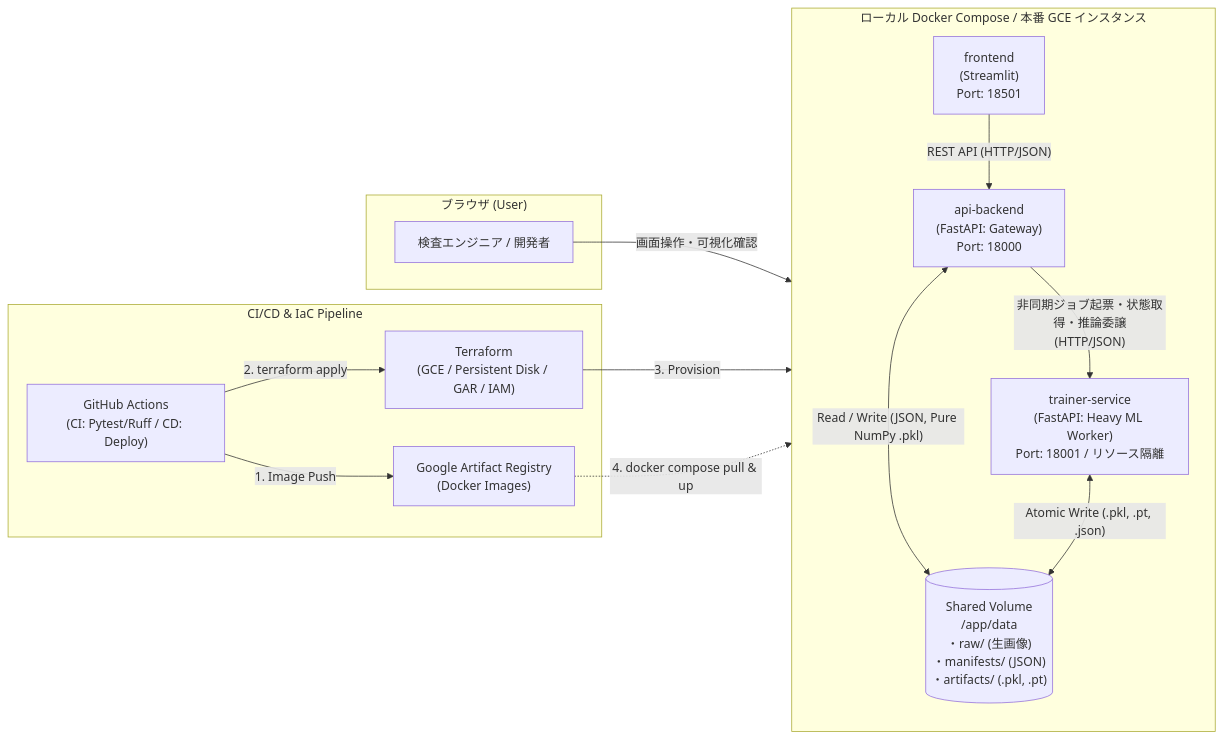
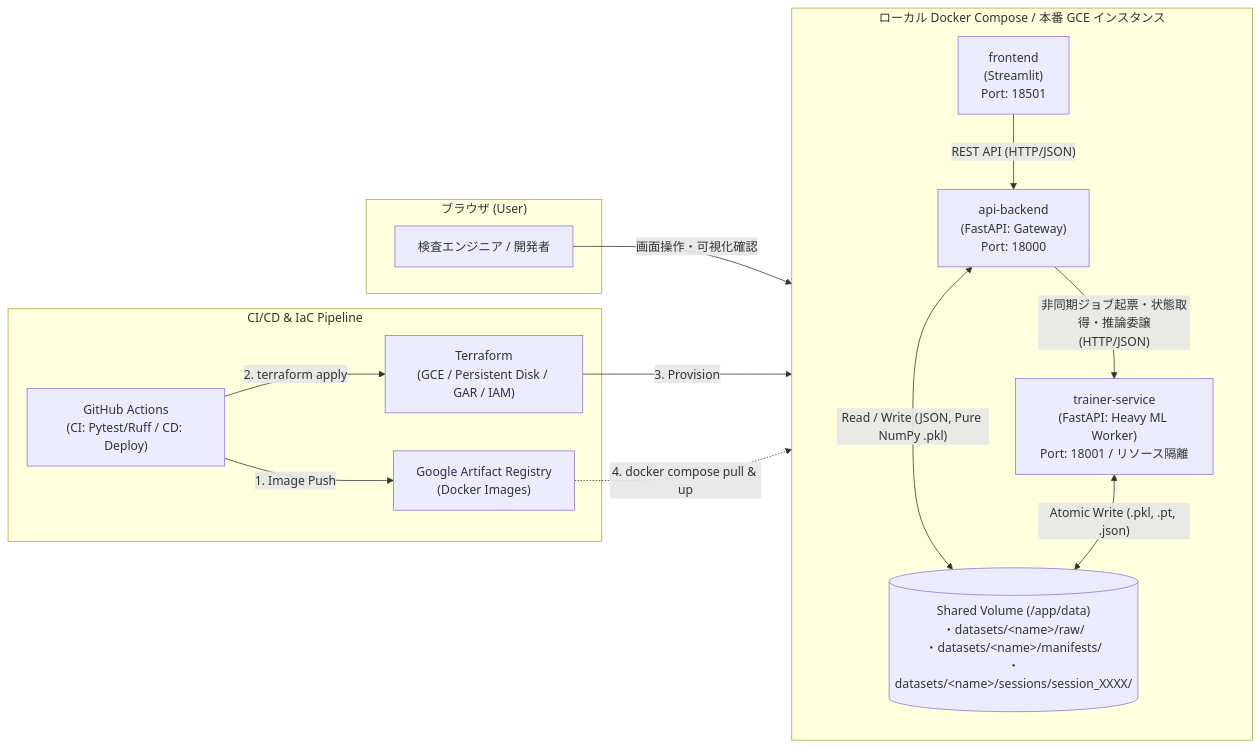
Before and after one commit to kodaigoto-coder/New-metric-learning: the diagram in README.md, drawn with Mermaid. The commit also changed other lines of this file and 2 other files, not shown here.

````diff
--- a/README.md
+++ b/README.md
@@ -146,31 +245,31 @@
 ```mermaid
 flowchart LR
     subgraph Client["ブラウザ (User)"]
         U["検査エンジニア / 開発者"]
     end
 
     subgraph GCE["ローカル Docker Compose / 本番 GCE インスタンス"]
         direction TB
         FE["frontend<br/>(Streamlit)<br/>Port: 18501"]
         BE["api-backend<br/>(FastAPI: Gateway)<br/>Port: 18000"]
         TR["trainer-service<br/>(FastAPI: Heavy ML Worker)<br/>Port: 18001 / リソース隔離"]
-        VOL[("Shared Volume<br/>/app/data<br/>・raw/ (生画像)<br/>・manifests/ (JSON)<br/>・artifacts/ (.pkl, .pt)")]
+        VOL[("Shared Volume (/app/data)<br/>・datasets/&lt;name&gt;/raw/<br/>・datasets/&lt;name&gt;/manifests/<br/>・datasets/&lt;name&gt;/sessions/session_XXXX/")]
 
         FE -->|"REST API (HTTP/JSON)"| BE
         BE -->|"非同期ジョブ起票・状態取得・推論委譲<br/>(HTTP/JSON)"| TR
         BE <-->|"Read / Write (JSON, Pure NumPy .pkl)"| VOL
         TR <-->|"Atomic Write (.pkl, .pt, .json)"| VOL
     end
 
     subgraph CICD["CI/CD & IaC Pipeline"]
         GH["GitHub Actions<br/>(CI: Pytest/Ruff / CD: Deploy)"]
         TF["Terraform<br/>(GCE / Persistent Disk / GAR / IAM)"]
         GAR["Google Artifact Registry<br/>(Docker Images)"]
     end
 
     U -->|"画面操作・可視化確認"| FE
     GH -->|"1. Image Push"| GAR
     GH -->|"2. terraform apply"| TF
     TF -->|"3. Provision"| GCE
     GAR -.->|"4. docker compose pull & up"| GCE
 ```
````
